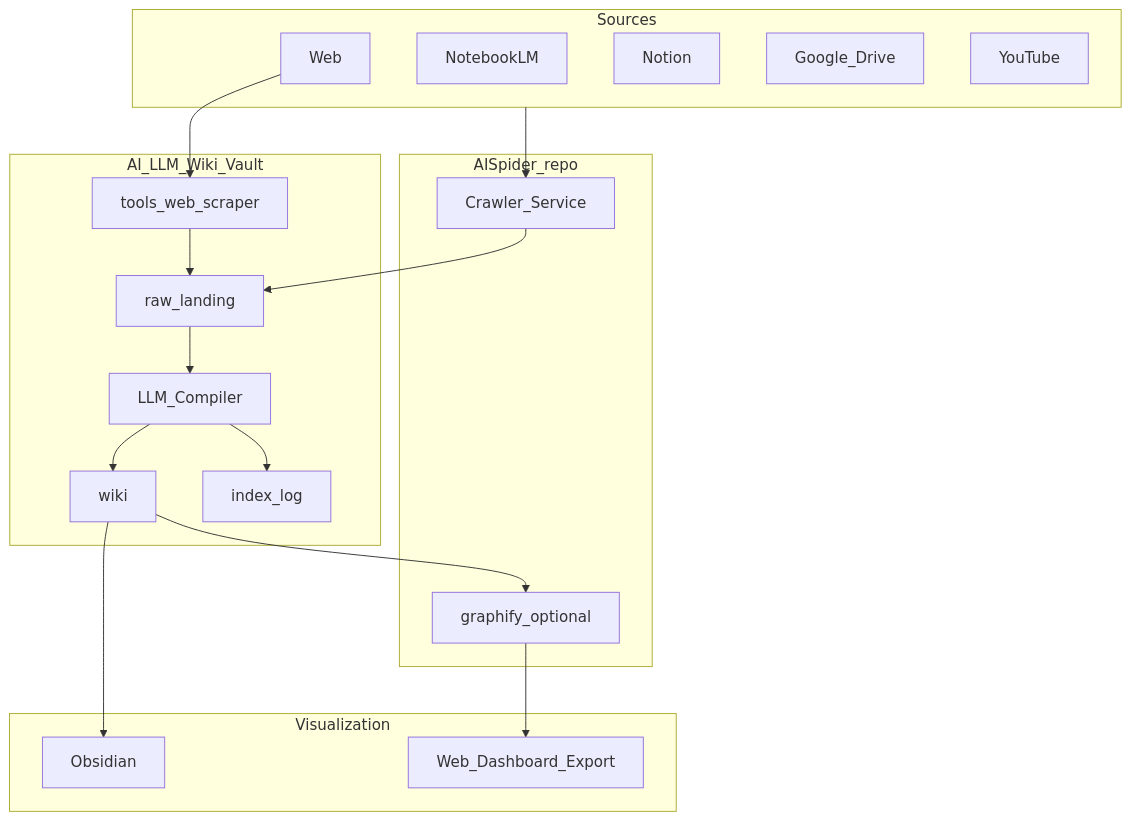
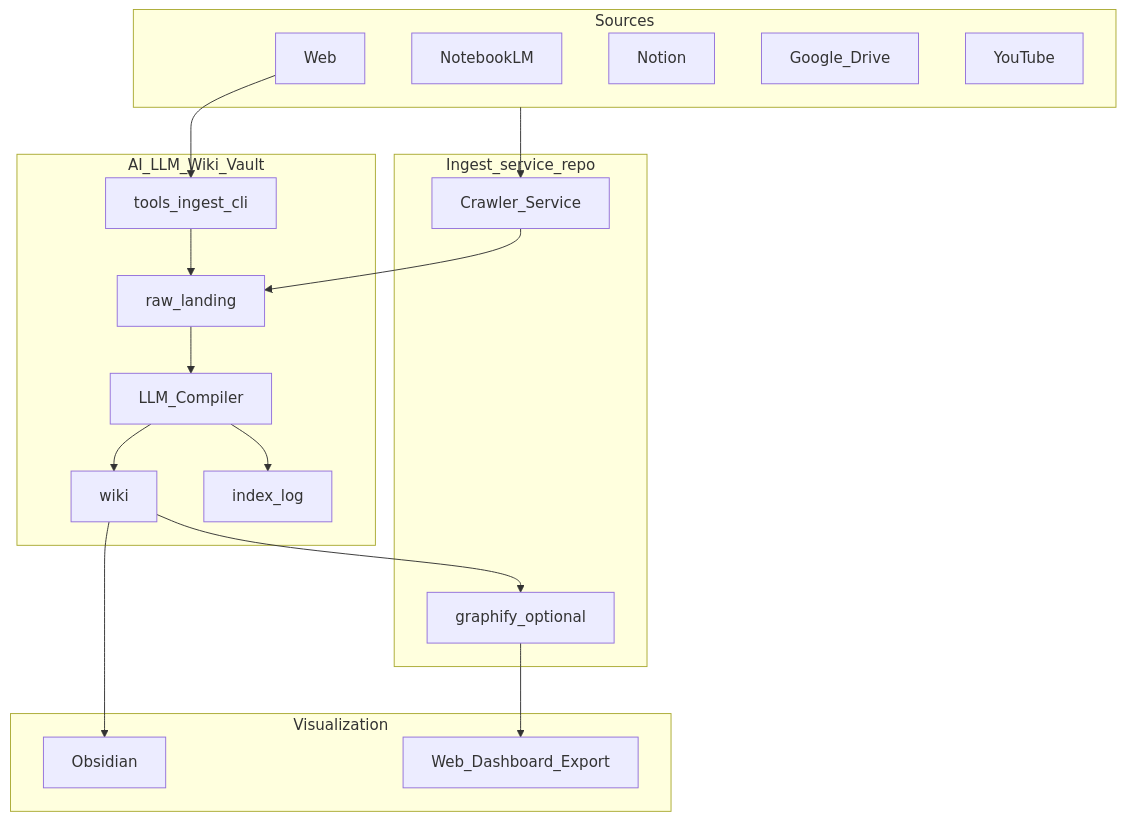
The diagram in openspec/knowledge-universe/design.md (yschang1688/llm-wiki-3m-universe), drawn with Mermaid before and after one commit. The commit also changed other lines of this file and 5 other files, not shown here.

First line of the commit message:
refactor(openspec): 資料進料元件統一命名 ingest-cli/ingest-service

````diff
--- a/openspec/knowledge-universe/design.md
+++ b/openspec/knowledge-universe/design.md
@@ -8,35 +8,35 @@
 ```mermaid
 flowchart TB
   subgraph sources [Sources]
     W[Web]
     N[NotebookLM]
     No[Notion]
     D[Google_Drive]
     Y[YouTube]
   end
-  subgraph aispider_repo [AISpider_repo]
+  subgraph ingest_service_repo [Ingest_service_repo]
     Svc[Crawler_Service]
     Gfy[graphify_optional]
   end
   subgraph wiki_vault [AI_LLM_Wiki_Vault]
-    WS[tools_web_scraper]
+    WS[tools_ingest_cli]
     Raw[raw_landing]
     Cmp[LLM_Compiler]
     Wiki[wiki]
     Idx[index_log]
   end
   subgraph viz [Visualization]
     Obs[Obsidian]
     WebDash[Web_Dashboard_Export]
   end
   sources --> Svc
   W --> WS
   Svc --> Raw
   WS --> Raw
   Raw --> Cmp
   Cmp --> Wiki
   Cmp --> Idx
   Wiki --> Obs
   Wiki --> Gfy
   Gfy --> WebDash
 ```
````
